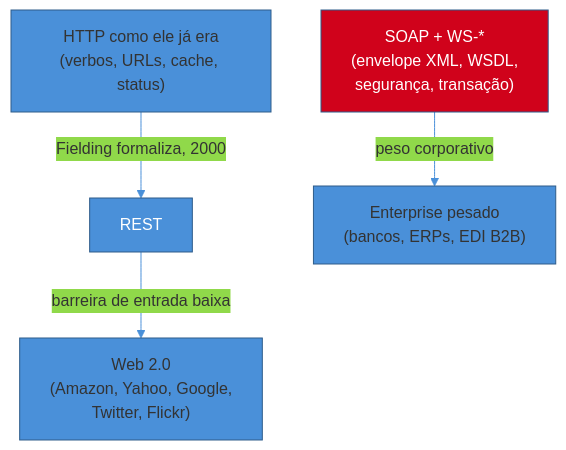
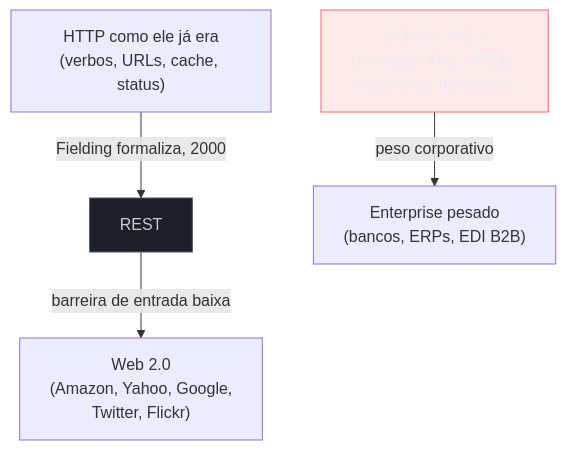
One commit to josenaldo/codex-technomanticus changed the first of 2 diagrams in 03-Dominios/Engenharia/Comunicação entre Sistemas/1 - Panorama e decisão/03 - A era REST, GraphQL, gRPC.md. Above: the diagram before and after it, drawn with Mermaid. The commit also changed other lines of this file and 1181 other files, not shown here.

First line of the commit message:
fix(diagramas): paleta do sistema no lugar de cor cravada no markdown

````diff
--- a/03-Dominios/Engenharia/Comunicação entre Sistemas/1 - Panorama e decisão/03 - A era REST, GraphQL, gRPC.md
+++ b/03-Dominios/Engenharia/Comunicação entre Sistemas/1 - Panorama e decisão/03 - A era REST, GraphQL, gRPC.md
@@ -40,9 +40,10 @@
 ```mermaid
-%%{init: {"theme": "base", "themeVariables": {"primaryColor": "#4A90D9", "primaryBorderColor": "#2E5C8A", "lineColor": "#4A90D9"}}}%%
 graph TD
+    classDef neutro fill:#1B2029,stroke:#4E5666,color:#C6CCD8
+    classDef falha fill:#FF6B6B24,stroke:#FF6B6B,color:#E9ECF2
     HTTP["HTTP como ele já era<br/>(verbos, URLs, cache, status)"] -->|"Fielding formaliza, 2000"| REST["REST"]
     SOAP["SOAP + WS-*<br/>(envelope XML, WSDL,<br/>segurança, transação)"] -->|"peso corporativo"| ENTERPRISE["Enterprise pesado<br/>(bancos, ERPs, EDI B2B)"]
     REST -->|"barreira de entrada baixa"| WEB2["Web 2.0<br/>(Amazon, Yahoo, Google,<br/>Twitter, Flickr)"]
-    style REST fill:#4A90D9,color:#fff
-    style SOAP fill:#D0021B,color:#fff
+    class REST neutro
+    class SOAP falha
 ```
````
